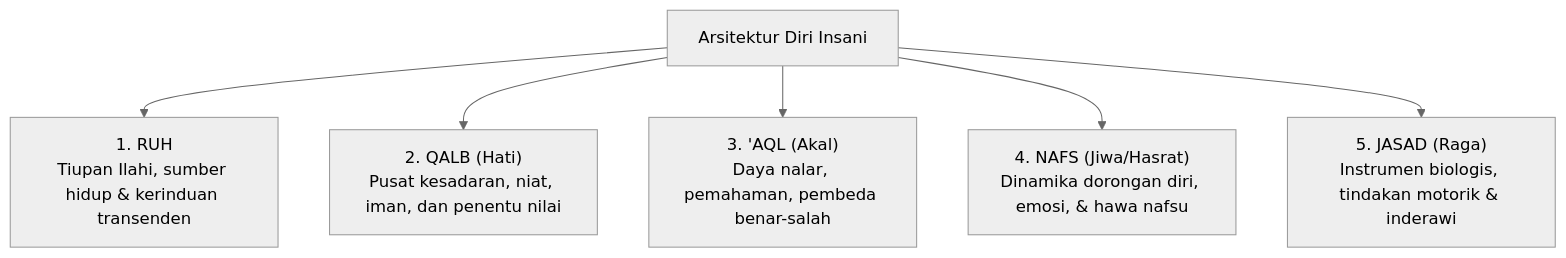
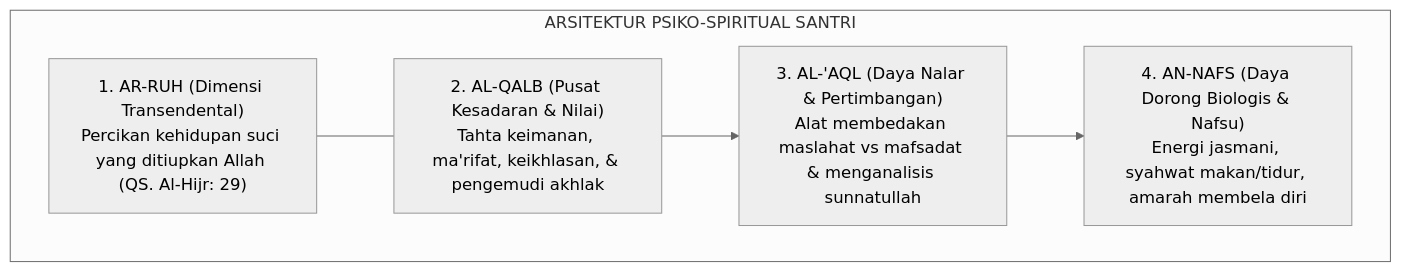
One commit to wandiapriliyandi/tumbuh changed the first of 2 diagrams in 01 Philosophy/02 Human Nature/P1-02-02-Struktur-Diri-Insani.md. Above: the diagram before and after it, drawn with Mermaid (neutral theme). The commit also changed other lines of this file and 5 other files, not shown here.

````diff
--- a/01 Philosophy/02 Human Nature/P1-02-02-Struktur-Diri-Insani.md
+++ b/01 Philosophy/02 Human Nature/P1-02-02-Struktur-Diri-Insani.md
@@ -12,9 +27,13 @@
 ```mermaid
 graph TD
-    Insan["Arsitektur Diri Insani"]
-    Insan --> Ruh["1. RUH<br/>Tiupan Ilahi, sumber hidup & kerinduan transenden"]
-    Insan --> Qalb["2. QALB (Hati)<br/>Pusat kesadaran, niat, iman, dan penentu nilai"]
-    Insan --> Aql["3. 'AQL (Akal)<br/>Daya nalar, pemahaman, pembeda benar-salah"]
-    Insan --> Nafs["4. NAFS (Jiwa/Hasrat)<br/>Dinamika dorongan diri, emosi, & hawa nafsu"]
-    Insan --> Jasad["5. JASAD (Raga)<br/>Instrumen biologis, tindakan motorik & inderawi"]
+    subgraph StrukturInsan["ARSITEKTUR PSIKO-SPIRITUAL SANTRI"]
+        Ruh["1. AR-RUH (Dimensi Transendental)<br/>Percikan kehidupan suci yang ditiupkan Allah (QS. Al-Hijr: 29)"]
+        Qalb["2. AL-QALB (Pusat Kesadaran & Nilai)<br/>Tahta keimanan, ma'rifat, keikhlasan, & pengemudi akhlak"]
+        Aql["3. AL-'AQL (Daya Nalar & Pertimbangan)<br/>Alat membedakan maslahat vs mafsadat & menganalisis sunnatullah"]
+        Nafs["4. AN-NAFS (Daya Dorong Biologis & Nafsu)<br/>Energi jasmani, syahwat makan/tidur, amarah membela diri"]
+        
+        Ruh --- Qalb
+        Qalb --> Aql
+        Aql --> Nafs
+    end
 ```
````
